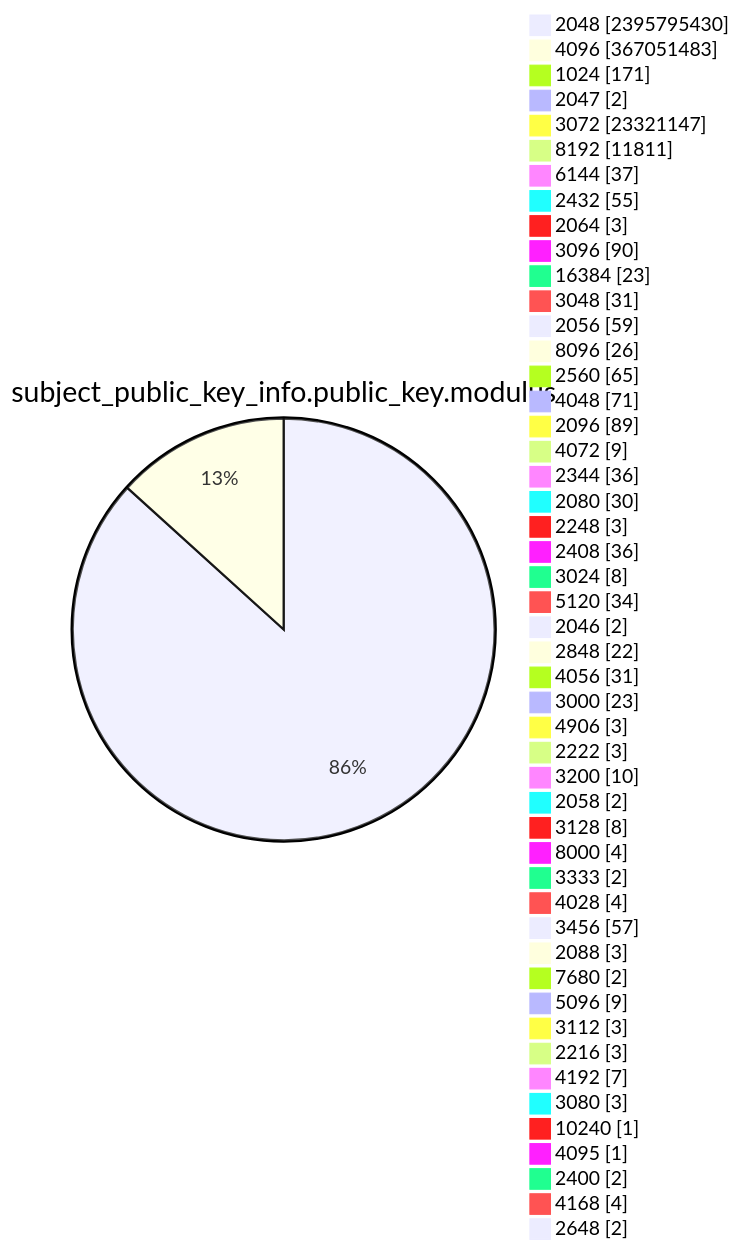
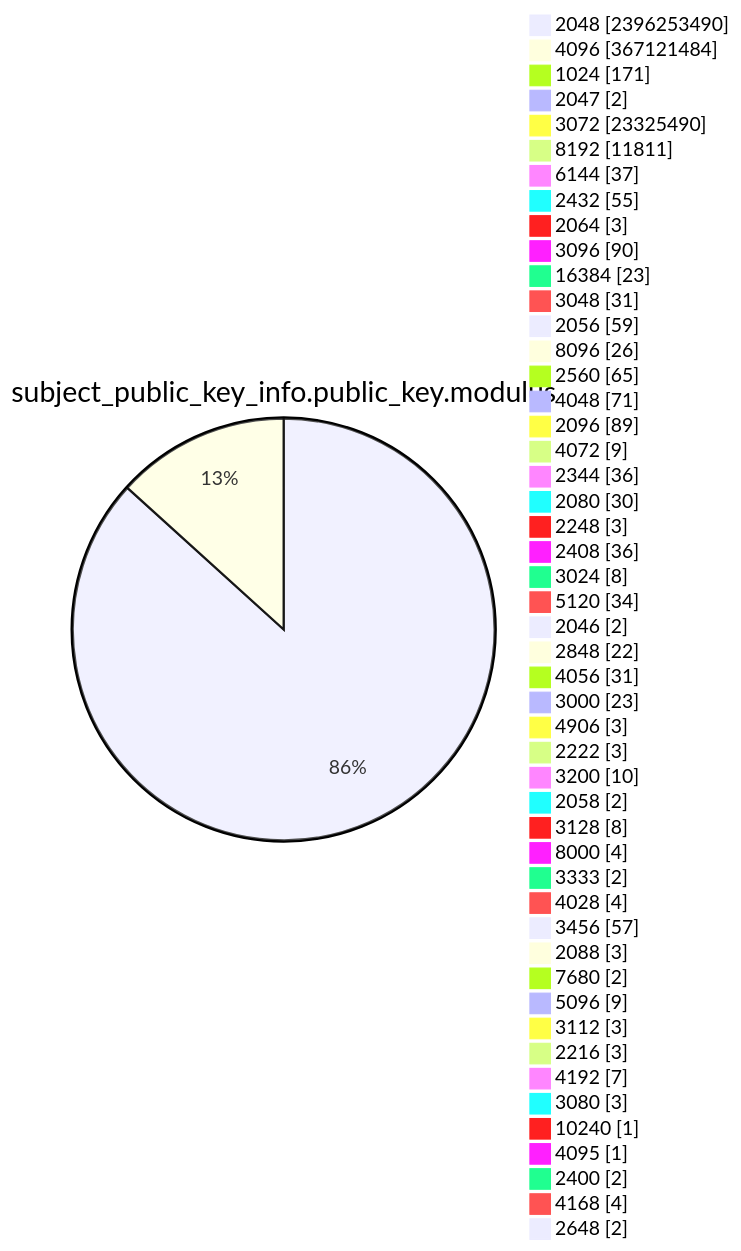
Diagram 13 of 15 in TOTAL/README.md (christiankrug/ctmonitor_visualization), drawn with Mermaid before and after one commit. The commit also changed other lines of this file, not shown here.

````diff
--- a/TOTAL/README.md
+++ b/TOTAL/README.md
@@ -4167,53 +4167,53 @@
 ```mermaid
 pie showData
 title subject_public_key_info.public_key.modulus
-"2048" :2395795430
-"4096" :367051483
+"2048" :2396253490
+"4096" :367121484
 "1024" :171
 "2047" :2
-"3072" :23321147
+"3072" :23325490
 "8192" :11811
 "6144" :37
 "2432" :55
 "2064" :3
 "3096" :90
 "16384" :23
 "3048" :31
 "2056" :59
 "8096" :26
 "2560" :65
 "4048" :71
 "2096" :89
 "4072" :9
 "2344" :36
 "2080" :30
 "2248" :3
 "2408" :36
 "3024" :8
 "5120" :34
 "2046" :2
 "2848" :22
 "4056" :31
 "3000" :23
 "4906" :3
 "2222" :3
 "3200" :10
 "2058" :2
 "3128" :8
 "8000" :4
 "3333" :2
 "4028" :4
 "3456" :57
 "2088" :3
 "7680" :2
 "5096" :9
 "3112" :3
 "2216" :3
 "4192" :7
 "3080" :3
 "10240" :1
 "4095" :1
 "2400" :2
 "4168" :4
 "2648" :2
 ```
````
